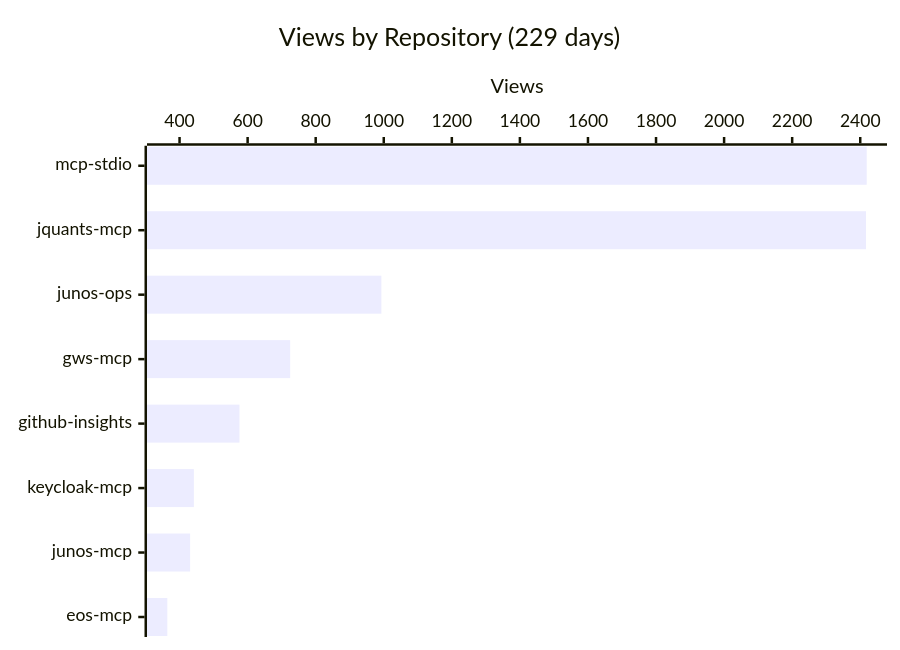
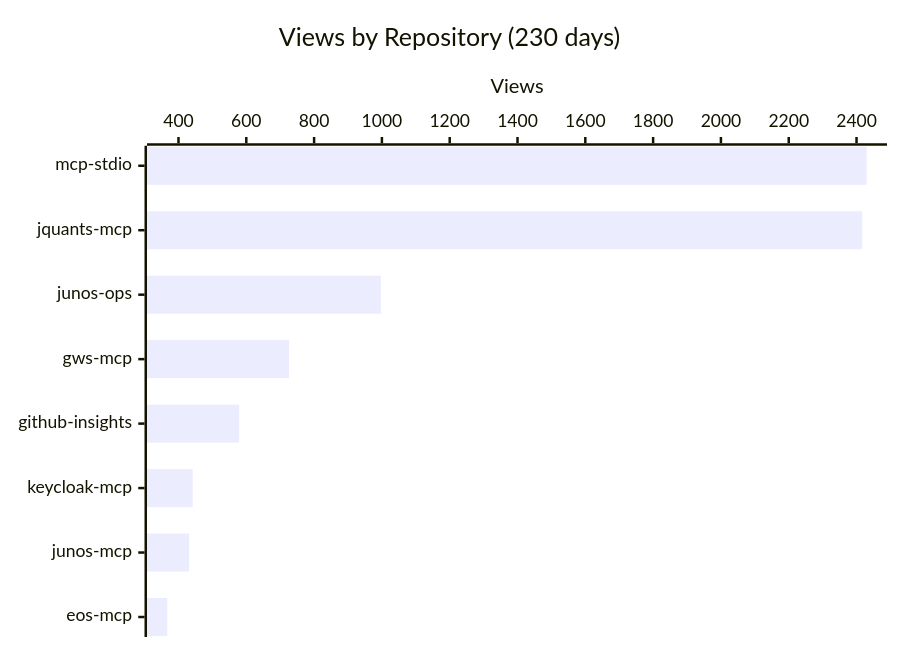
Before and after one commit to shigechika/github-insights: the first of 4 diagrams in README.md, drawn with Mermaid. The commit also changed other lines of this file and 1 other file, not shown here.

````diff
--- a/README.md
+++ b/README.md
@@ -18,7 +18,7 @@
 ```mermaid
 xychart-beta horizontal
-    title "Views by Repository (229 days)"
+    title "Views by Repository (230 days)"
     x-axis ["mcp-stdio", "jquants-mcp", "junos-ops", "gws-mcp", "github-insights", "keycloak-mcp", "junos-mcp", "eos-mcp"]
     y-axis "Views"
-    bar [2419, 2417, 993, 725, 576, 442, 431, 364]
+    bar [2430, 2417, 997, 726, 579, 442, 431, 367]
 ```
````
